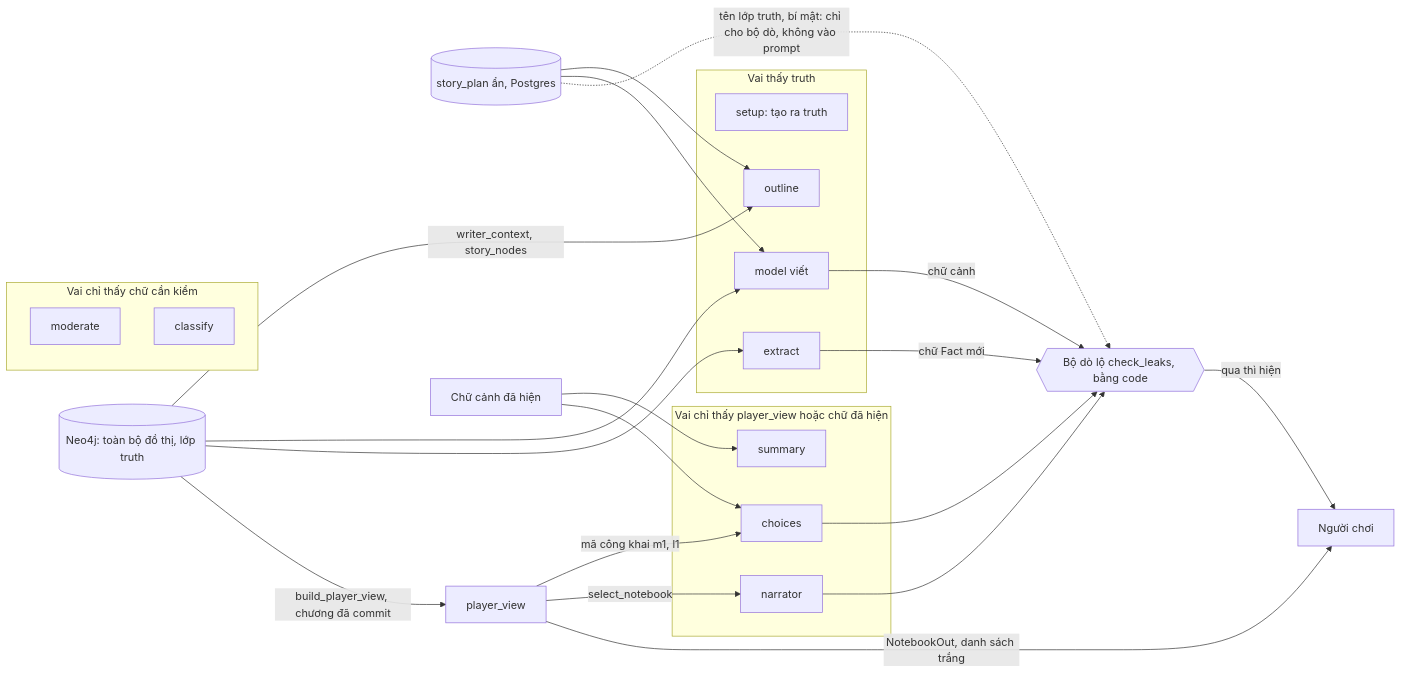
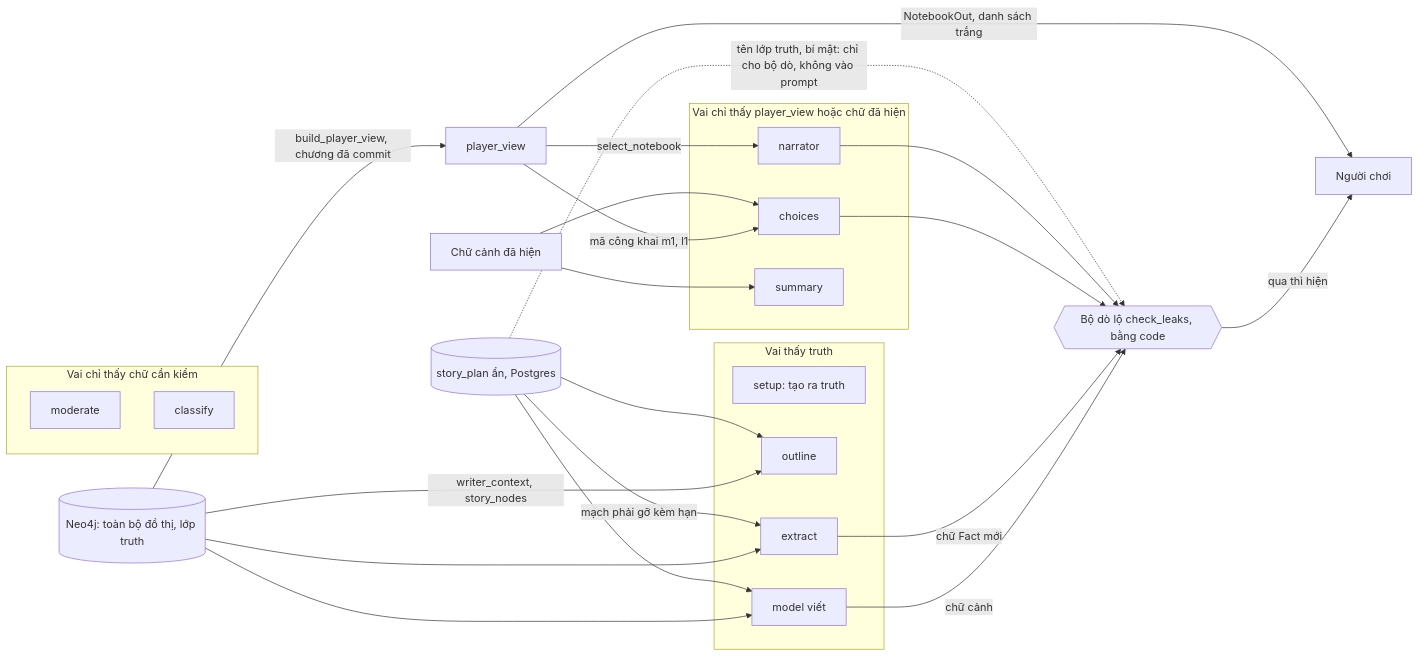
The seventh of 11 diagrams in docs/architecture.md (orms147/writory), drawn with Mermaid before and after one commit. The commit also changed other lines of this file, not shown here.

First line of the commit message:
docs(architecture): sửa chỗ lệch code tìm được khi kiểm độc lập (D-104)

````diff
--- a/docs/architecture.md
+++ b/docs/architecture.md
@@ -241,38 +242,39 @@
 ```mermaid
 flowchart LR
   neo[("Neo4j: toàn bộ đồ thị, lớp truth")]
   plan[("story_plan ẩn, Postgres")]
   subgraph sees_truth["Vai thấy truth"]
     v_setup["setup: tạo ra truth"]
     v_outline["outline"]
     v_writer["model viết"]
     v_extract["extract"]
   end
   subgraph sees_view["Vai chỉ thấy player_view hoặc chữ đã hiện"]
     v_choices["choices"]
     v_narrator["narrator"]
     v_summary["summary"]
   end
   subgraph sees_text["Vai chỉ thấy chữ cần kiểm"]
     v_moderate["moderate"]
     v_classify["classify"]
   end
   neo -->|writer_context, story_nodes| v_outline
   neo --> v_writer
   neo --> v_extract
   plan --> v_outline
   plan --> v_writer
+  plan -->|mạch phải gỡ kèm hạn| v_extract
   neo -->|build_player_view, chương đã commit| pv["player_view"]
   pv -->|mã công khai m1, l1| v_choices
   pv -->|select_notebook| v_narrator
   page["Chữ cảnh đã hiện"] --> v_summary
   page --> v_choices
   leak{{"Bộ dò lộ check_leaks, bằng code"}}
   v_writer -->|chữ cảnh| leak
   v_extract -->|chữ Fact mới| leak
   v_choices --> leak
   v_narrator --> leak
   plan -.->|tên lớp truth, bí mật: chỉ cho bộ dò, không vào prompt| leak
   leak -->|qua thì hiện| player["Người chơi"]
   pv -->|NotebookOut, danh sách trắng| player
 ```
````
